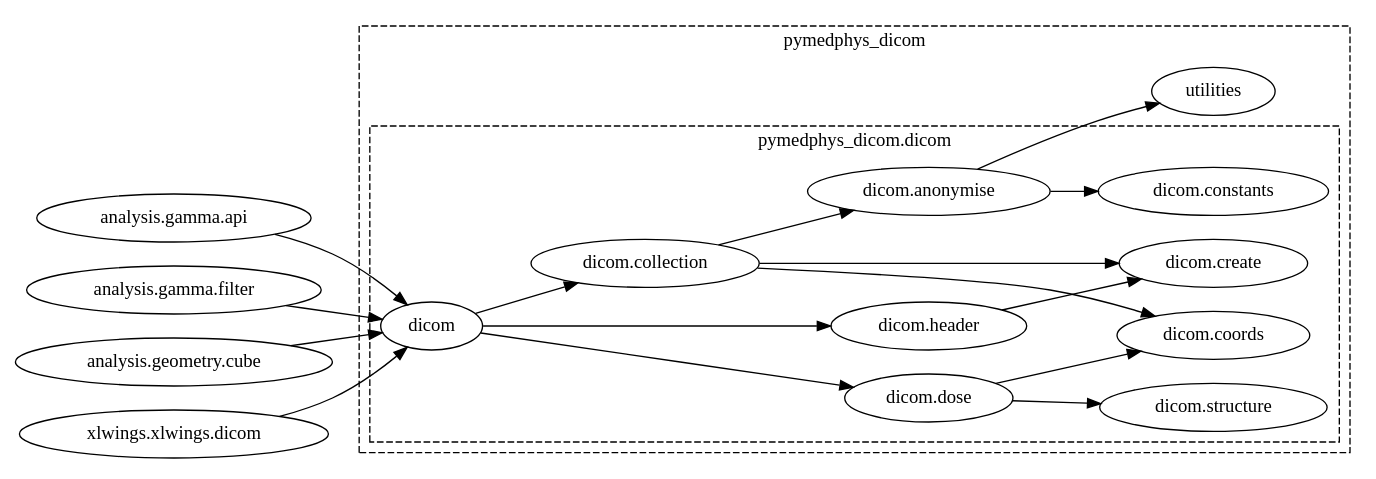
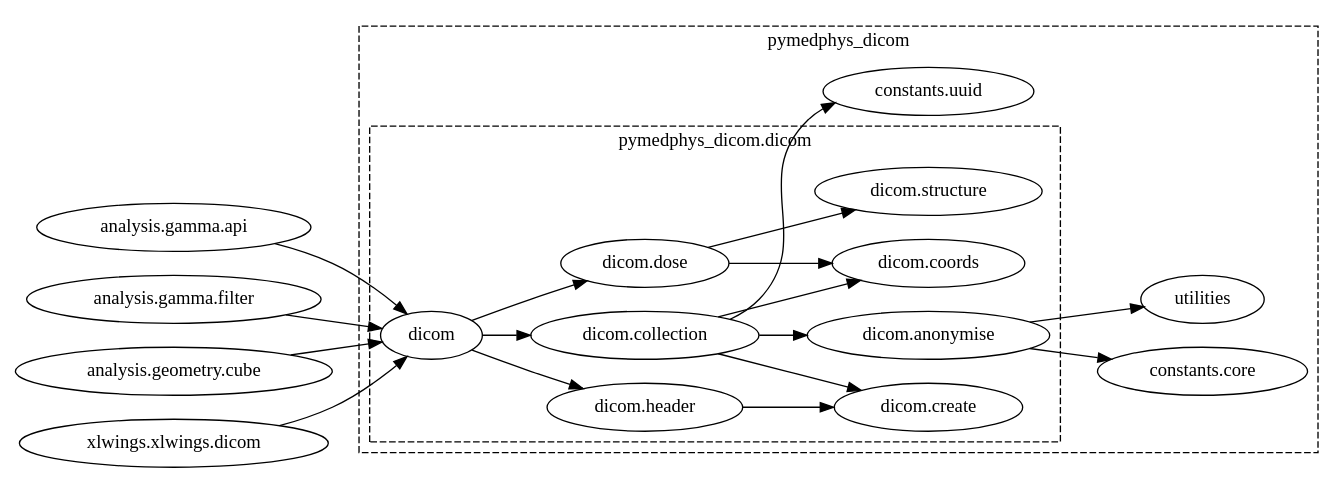
The diagram in docs/graphs/pymedphys_dicom.dicom.dot (pymedphys/pymedphys), drawn with Graphviz before and after one commit. The commit also changed 15 other files, not shown here.

```diff
--- a/docs/graphs/pymedphys_dicom.dicom.dot
+++ b/docs/graphs/pymedphys_dicom.dicom.dot
@@ -1,69 +1,69 @@
 strict digraph {
 	graph [rankdir=LR];
 	subgraph cluster_0 {
 		graph [URL="#pymedphys-dicom",
 			label=pymedphys_dicom,
 			style=dashed
 		];
 		subgraph cluster_1 {
 			graph [URL="#pymedphys-dicom-dicom",
 				label="pymedphys_dicom.dicom"
 			];
 			{
 				graph [rank=same];
-				"pymedphys_dicom.dicom.constants"				 [URL="https://github.com/pymedphys/pymedphys/blob/master/packages/pymedphys_dicom/src/pymedphys_dicom/dicom/constants.py",
-					label="dicom.constants"];
+				"pymedphys_dicom.dicom.anonymise"				 [URL="https://github.com/pymedphys/pymedphys/blob/master/packages/pymedphys_dicom/src/pymedphys_dicom/dicom/anonymise.py",
+					label="dicom.anonymise"];
 				"pymedphys_dicom.dicom.coords"				 [URL="https://github.com/pymedphys/pymedphys/blob/master/packages/pymedphys_dicom/src/pymedphys_dicom/dicom/coords.py",
 					label="dicom.coords"];
 				"pymedphys_dicom.dicom.create"				 [URL="https://github.com/pymedphys/pymedphys/blob/master/packages/pymedphys_dicom/src/pymedphys_dicom/dicom/create.py",
 					label="dicom.create"];
 				"pymedphys_dicom.dicom.structure"				 [URL="https://github.com/pymedphys/pymedphys/blob/master/packages/pymedphys_dicom/src/pymedphys_dicom/dicom/structure.py",
 					label="dicom.structure"];
 			}
 			{
 				graph [rank=same];
-				"pymedphys_dicom.dicom.anonymise"				 [URL="https://github.com/pymedphys/pymedphys/blob/master/packages/pymedphys_dicom/src/pymedphys_dicom/dicom/anonymise.py",
-					label="dicom.anonymise"];
+				"pymedphys_dicom.dicom.collection"				 [URL="https://github.com/pymedphys/pymedphys/blob/master/packages/pymedphys_dicom/src/pymedphys_dicom/dicom/collection.py",
+					label="dicom.collection"];
 				"pymedphys_dicom.dicom.dose"				 [URL="https://github.com/pymedphys/pymedphys/blob/master/packages/pymedphys_dicom/src/pymedphys_dicom/dicom/dose.py",
 					label="dicom.dose"];
 				"pymedphys_dicom.dicom.header"				 [URL="https://github.com/pymedphys/pymedphys/blob/master/packages/pymedphys_dicom/src/pymedphys_dicom/dicom/header.py",
 					label="dicom.header"];
 			}
 			{
 				graph [rank=same];
-				"pymedphys_dicom.dicom.collection"				 [URL="https://github.com/pymedphys/pymedphys/blob/master/packages/pymedphys_dicom/src/pymedphys_dicom/dicom/collection.py",
-					label="dicom.collection"];
-			}
-			{
-				graph [rank=same];
 				"pymedphys_dicom.dicom"				 [URL="https://github.com/pymedphys/pymedphys/blob/master/packages/pymedphys_dicom/src/pymedphys_dicom/dicom",
 					label=dicom];
 			}
 		}
+		"pymedphys_dicom.constants.core"		 [URL="https://github.com/pymedphys/pymedphys/blob/master/packages/pymedphys_dicom/src/pymedphys_dicom/constants/core.py",
+			label="constants.core"];
+		"pymedphys_dicom.constants.uuid"		 [URL="https://github.com/pymedphys/pymedphys/blob/master/packages/pymedphys_dicom/src/pymedphys_dicom/constants/uuid.py",
+			label="constants.uuid"];
 		"pymedphys_dicom.utilities"		 [URL="https://github.com/pymedphys/pymedphys/blob/master/packages/pymedphys_dicom/src/pymedphys_dicom/utilities",
 			label=utilities];
 	}
+	"pymedphys_dicom.dicom.anonymise" -> "pymedphys_dicom.constants.core";
 	"pymedphys_dicom.dicom.anonymise" -> "pymedphys_dicom.utilities";
-	"pymedphys_dicom.dicom.anonymise" -> "pymedphys_dicom.dicom.constants";
+	"pymedphys_dicom.dicom.collection" -> "pymedphys_dicom.constants.uuid";
+	"pymedphys_dicom.dicom.collection" -> "pymedphys_dicom.dicom.anonymise";
+	"pymedphys_dicom.dicom.collection" -> "pymedphys_dicom.dicom.coords";
+	"pymedphys_dicom.dicom.collection" -> "pymedphys_dicom.dicom.create";
 	"pymedphys_dicom.dicom.dose" -> "pymedphys_dicom.dicom.coords";
 	"pymedphys_dicom.dicom.dose" -> "pymedphys_dicom.dicom.structure";
 	"pymedphys_dicom.dicom.header" -> "pymedphys_dicom.dicom.create";
-	"pymedphys_dicom.dicom.collection" -> "pymedphys_dicom.dicom.coords";
-	"pymedphys_dicom.dicom.collection" -> "pymedphys_dicom.dicom.create";
-	"pymedphys_dicom.dicom.collection" -> "pymedphys_dicom.dicom.anonymise";
+	"pymedphys_dicom.dicom" -> "pymedphys_dicom.dicom.collection";
 	"pymedphys_dicom.dicom" -> "pymedphys_dicom.dicom.dose";
 	"pymedphys_dicom.dicom" -> "pymedphys_dicom.dicom.header";
-	"pymedphys_dicom.dicom" -> "pymedphys_dicom.dicom.collection";
 	"pymedphys_analysis.gamma.api"	 [URL="https://github.com/pymedphys/pymedphys/blob/master/packages/pymedphys_analysis/src/pymedphys_analysis/gamma/api.py",
 		label="analysis.gamma.api"];
 	"pymedphys_analysis.gamma.api" -> "pymedphys_dicom.dicom";
 	"pymedphys_analysis.gamma.filter"	 [URL="https://github.com/pymedphys/pymedphys/blob/master/packages/pymedphys_analysis/src/pymedphys_analysis/gamma/filter.py",
 		label="analysis.gamma.filter"];
 	"pymedphys_analysis.gamma.filter" -> "pymedphys_dicom.dicom";
 	"pymedphys_analysis.geometry.cube"	 [URL="https://github.com/pymedphys/pymedphys/blob/master/packages/pymedphys_analysis/src/pymedphys_analysis/geometry/cube.py",
 		label="analysis.geometry.cube"];
 	"pymedphys_analysis.geometry.cube" -> "pymedphys_dicom.dicom";
 	"pymedphys_xlwings.xlwings.dicom"	 [URL="https://github.com/pymedphys/pymedphys/blob/master/packages/pymedphys_xlwings/src/pymedphys_xlwings/xlwings/dicom.py",
 		label="xlwings.xlwings.dicom"];
 	"pymedphys_xlwings.xlwings.dicom" -> "pymedphys_dicom.dicom";
 }
```
